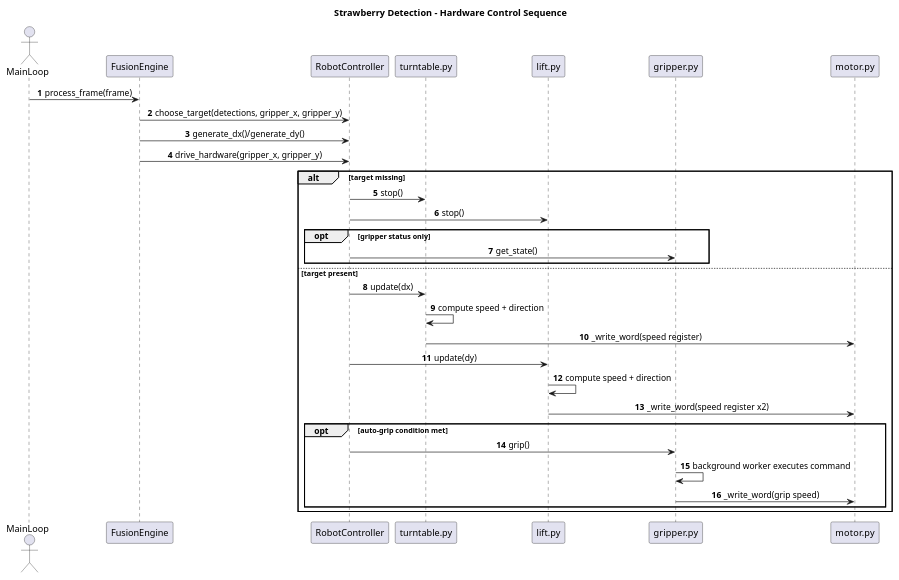
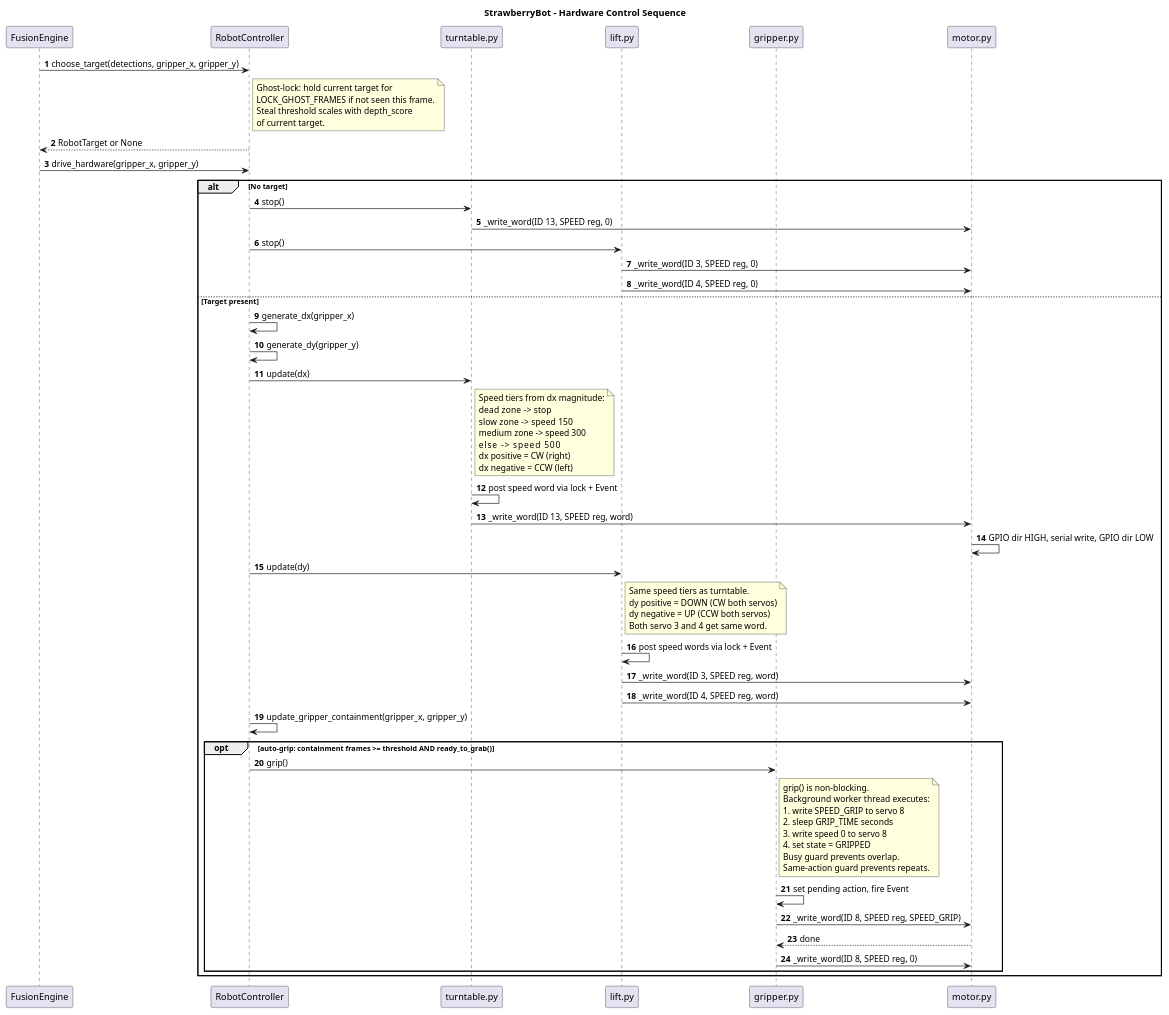
Before and after one commit to mr-matthias1829/StrawberryBot: the diagram in plantuml/strawberry_hardware_sequence.puml, drawn with PlantUML. The commit also changed 9 other files, not shown here.

Commit message:
updated uml and worked on some of the views. UPDATE AND FINISH THIS WHEN CODE IS NEARLY FINISHED

```diff
--- a/plantuml/strawberry_hardware_sequence.puml
+++ b/plantuml/strawberry_hardware_sequence.puml
@@ -1,42 +1,82 @@
 @startuml
-title Strawberry Detection - Hardware Control Sequence
+title StrawberryBot - Hardware Control Sequence
 autonumber
 skinparam responseMessageBelowArrow true
-skinparam sequenceMessageAlign center
 
-actor MainLoop as Main
 participant "FusionEngine" as FE
 participant "RobotController" as RC
 participant "turntable.py" as TT
 participant "lift.py" as LIFT
 participant "gripper.py" as GRIP
 participant "motor.py" as MOTOR
 
-Main -> FE: process_frame(frame)
 FE -> RC: choose_target(detections, gripper_x, gripper_y)
-FE -> RC: generate_dx()/generate_dy()
+note right of RC
+  Ghost-lock: hold current target for
+  LOCK_GHOST_FRAMES if not seen this frame.
+  Steal threshold scales with depth_score
+  of current target.
+end note
+RC --> FE: RobotTarget or None
+
 FE -> RC: drive_hardware(gripper_x, gripper_y)
 
-alt target missing
-	RC -> TT: stop()
-	RC -> LIFT: stop()
-	opt gripper status only
-		RC -> GRIP: get_state()
-	end
-else target present
-	RC -> TT: update(dx)
-	TT -> TT: compute speed + direction
-	TT -> MOTOR: _write_word(speed register)
+alt No target
+  RC -> TT: stop()
+  TT -> MOTOR: _write_word(ID 13, SPEED reg, 0)
+  RC -> LIFT: stop()
+  LIFT -> MOTOR: _write_word(ID 3, SPEED reg, 0)
+  LIFT -> MOTOR: _write_word(ID 4, SPEED reg, 0)
 
-	RC -> LIFT: update(dy)
-	LIFT -> LIFT: compute speed + direction
-	LIFT -> MOTOR: _write_word(speed register x2)
+else Target present
+  RC -> RC: generate_dx(gripper_x)
+  RC -> RC: generate_dy(gripper_y)
 
-	opt auto-grip condition met
-		RC -> GRIP: grip()
-		GRIP -> GRIP: background worker executes command
-		GRIP -> MOTOR: _write_word(grip speed)
-	end
+  RC -> TT: update(dx)
+  note right of TT
+    Speed tiers from dx magnitude:
+    dead zone  -> stop
+    slow zone  -> speed 150
+    medium zone -> speed 300
+    else       -> speed 500
+    dx positive = CW (right)
+    dx negative = CCW (left)
+  end note
+  TT -> TT: post speed word via lock + Event
+  TT -> MOTOR: _write_word(ID 13, SPEED reg, word)
+  MOTOR -> MOTOR: GPIO dir HIGH, serial write, GPIO dir LOW
+
+  RC -> LIFT: update(dy)
+  note right of LIFT
+    Same speed tiers as turntable.
+    dy positive = DOWN (CW both servos)
+    dy negative = UP (CCW both servos)
+    Both servo 3 and 4 get same word.
+  end note
+  LIFT -> LIFT: post speed words via lock + Event
+  LIFT -> MOTOR: _write_word(ID 3, SPEED reg, word)
+  LIFT -> MOTOR: _write_word(ID 4, SPEED reg, word)
+
+  RC -> RC: update_gripper_containment(gripper_x, gripper_y)
+
+  opt auto-grip: containment frames >= threshold AND ready_to_grab()
+    RC -> GRIP: grip()
+    note right of GRIP
+      grip() is non-blocking.
+      Background worker thread executes:
+      1. write SPEED_GRIP to servo 8
+      2. sleep GRIP_TIME seconds
+      3. write speed 0 to servo 8
+      4. set state = GRIPPED
+      Busy guard prevents overlap.
+      Same-action guard prevents repeats.
+    end note
+    GRIP -> GRIP: set pending action, fire Event
+    GRIP -> MOTOR: _write_word(ID 8, SPEED reg, SPEED_GRIP)
+    MOTOR --> GRIP: done
+    GRIP -> MOTOR: _write_word(ID 8, SPEED reg, 0)
+  end
+
 end
 
 @enduml
```
